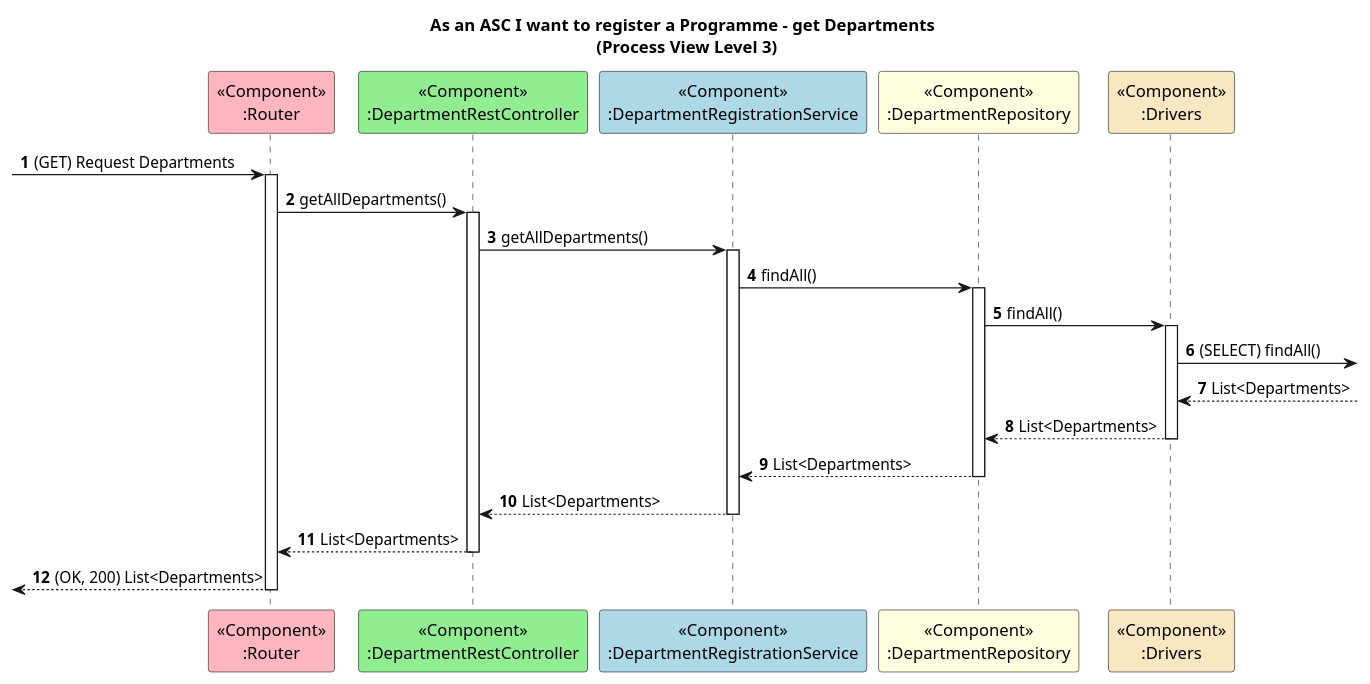
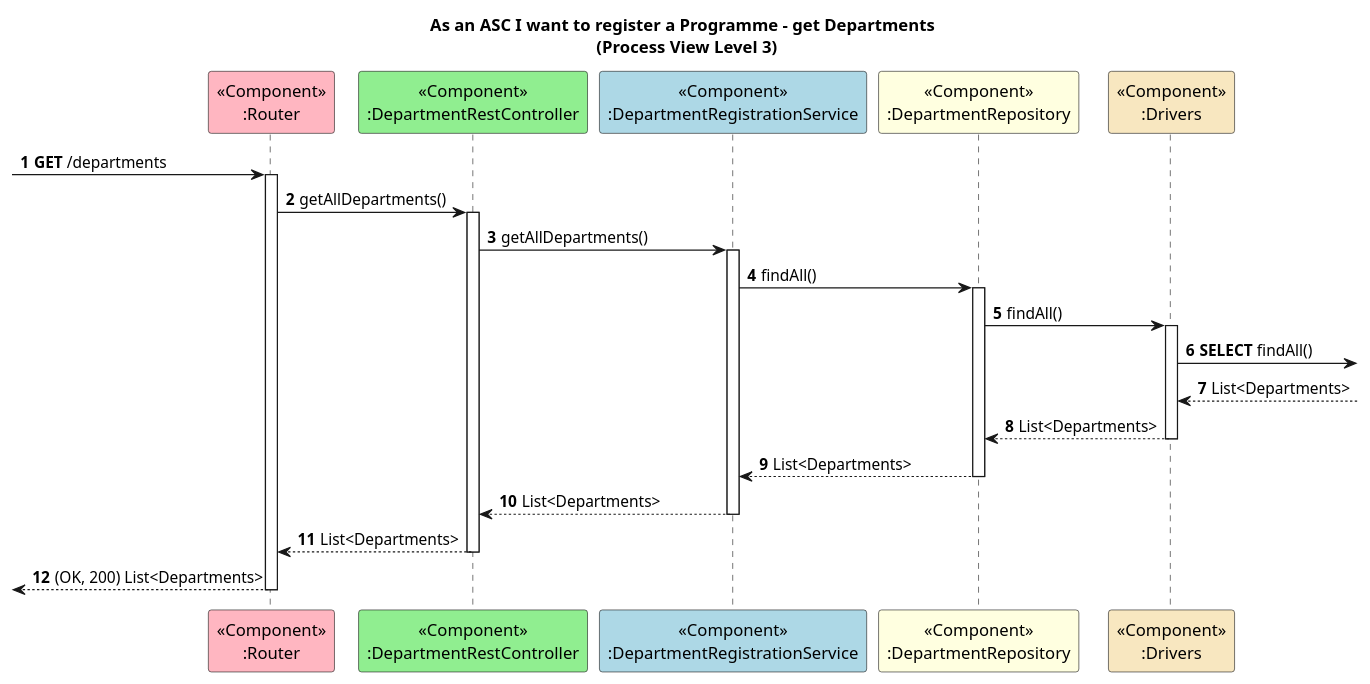
One commit to GasparISEP/DevOps-PAI changed the diagram in docs/US31/ProcessView/Level3getDepartments.puml. Above: the diagram before and after it, drawn with PlantUML. The commit also changed 4 other files, not shown here.

Commit message:
Fix #523: Made corrections to ProcessView Level 2 and 3 diagrams

```diff
--- a/docs/US31/ProcessView/Level3getDepartments.puml
+++ b/docs/US31/ProcessView/Level3getDepartments.puml
@@ -1,26 +1,26 @@
 @startuml
 
 autonumber
 
 title As an ASC I want to register a Programme - get Departments \n (Process View Level 3)
 
 participant "<<Component>>\n:Router" as RT #lightpink
 participant "<<Component>>\n:DepartmentRestController" as C #lightgreen
 participant "<<Component>>\n:DepartmentRegistrationService" as S #lightblue
 participant "<<Component>>\n:DepartmentRepository" as R #lightyellow
 participant "<<Component>>\n:Drivers" as Drivers #strategy
 
- -> RT ++: (GET) Request Departments
+ -> RT ++: **GET** /departments
 RT -> C ++: getAllDepartments()
 C -> S ++: getAllDepartments()
 S -> R ++: findAll()
 R -> Drivers ++: findAll()
-Drivers -> : (SELECT) findAll()
+Drivers -> : **SELECT** findAll()
 Drivers <-- : List<Departments>
 Drivers --> R --: List<Departments>
 R --> S --: List<Departments>
 S --> C --: List<Departments>
 C --> RT --: List<Departments>
 <-- RT --: (OK, 200) List<Departments>
 
 @enduml
```
